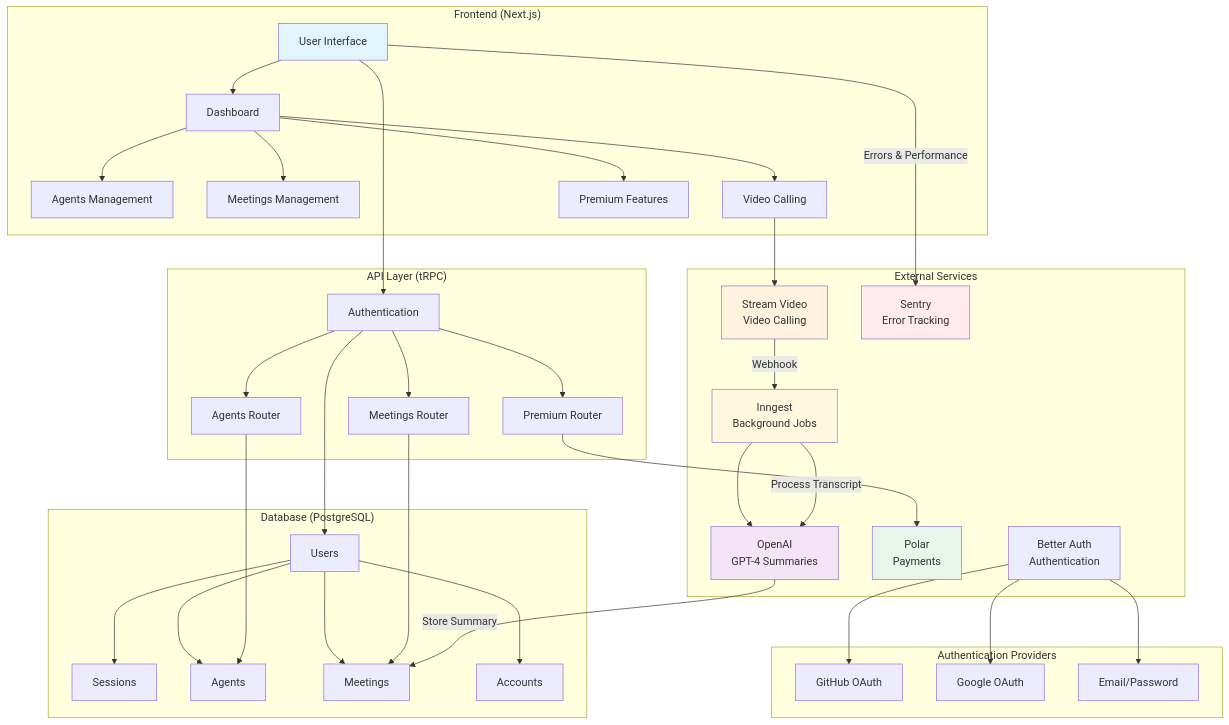
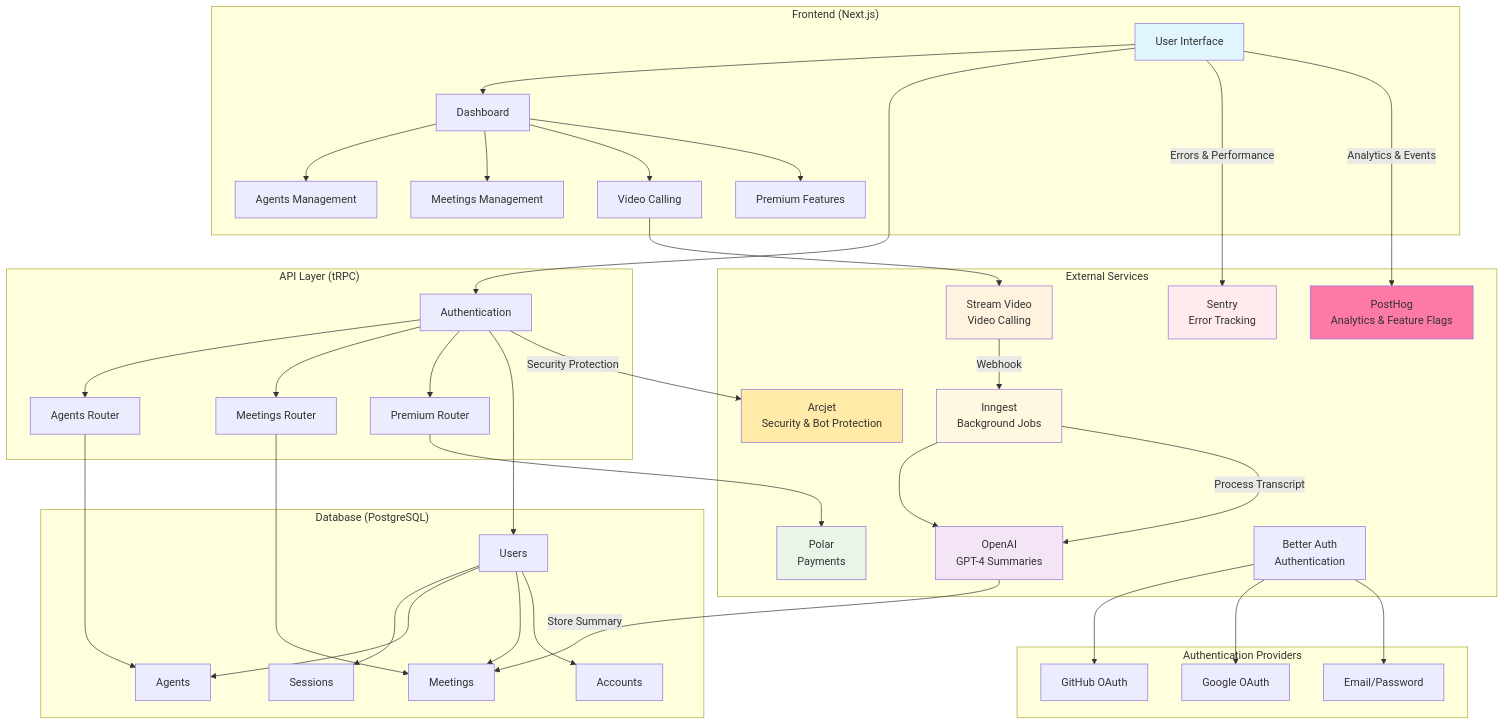
One commit to levinbaenninger/meetique changed the diagram in docs/architecture.md. Above: the diagram before and after it, drawn with Mermaid. The commit also changed 4 other files, not shown here.

````diff
--- a/docs/architecture.md
+++ b/docs/architecture.md
@@ -3,62 +3,68 @@
 ```mermaid
 flowchart TB
     subgraph "Frontend (Next.js)"
         A[User Interface] --> B[Dashboard]
         B --> C[Agents Management]
         B --> D[Meetings Management]
         B --> E[Video Calling]
         B --> F[Premium Features]
     end
 
     subgraph "API Layer (tRPC)"
         G[Authentication] --> H[Agents Router]
         G --> I[Meetings Router]
         G --> J[Premium Router]
     end
 
     subgraph "Database (PostgreSQL)"
         K[Users] --> L[Sessions]
         K --> M[Agents]
         K --> N[Meetings]
         K --> O[Accounts]
     end
 
     subgraph "External Services"
         P[Stream Video<br/>Video Calling]
         Q[OpenAI<br/>GPT-4 Summaries]
         R[Polar<br/>Payments]
         S[Better Auth<br/>Authentication]
         T[Inngest<br/>Background Jobs]
         X[Sentry<br/>Error Tracking]
+        Y[Arcjet<br/>Security & Bot Protection]
+        Z[PostHog<br/>Analytics & Feature Flags]
     end
 
     subgraph "Authentication Providers"
         U[GitHub OAuth]
         V[Google OAuth]
         W[Email/Password]
     end
 
     A --> G
     G --> K
     H --> M
     I --> N
     J --> R
 
     E --> P
     T --> Q
     S --> U
     S --> V
     S --> W
 
     P --> |Webhook| T
     T --> |Process Transcript| Q
     Q --> |Store Summary| N
     A --> |Errors & Performance| X
+    G --> |Security Protection| Y
+    A --> |Analytics & Events| Z
 
     style A fill:#e1f5fe
     style P fill:#fff3e0
     style Q fill:#f3e5f5
     style R fill:#e8f5e8
     style T fill:#fff8e1
     style X fill:#ffebee
+    style Y fill:#ffeaa7
+    style Z fill:#fd79a8
 ```
````
